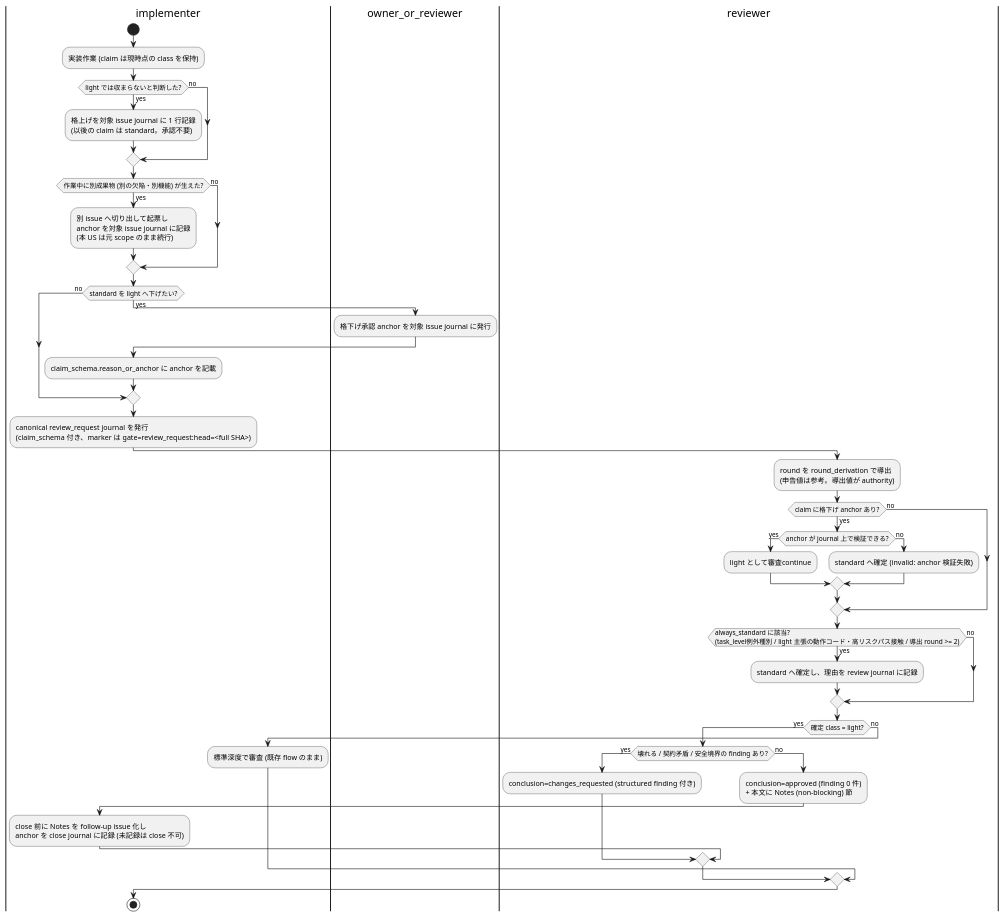
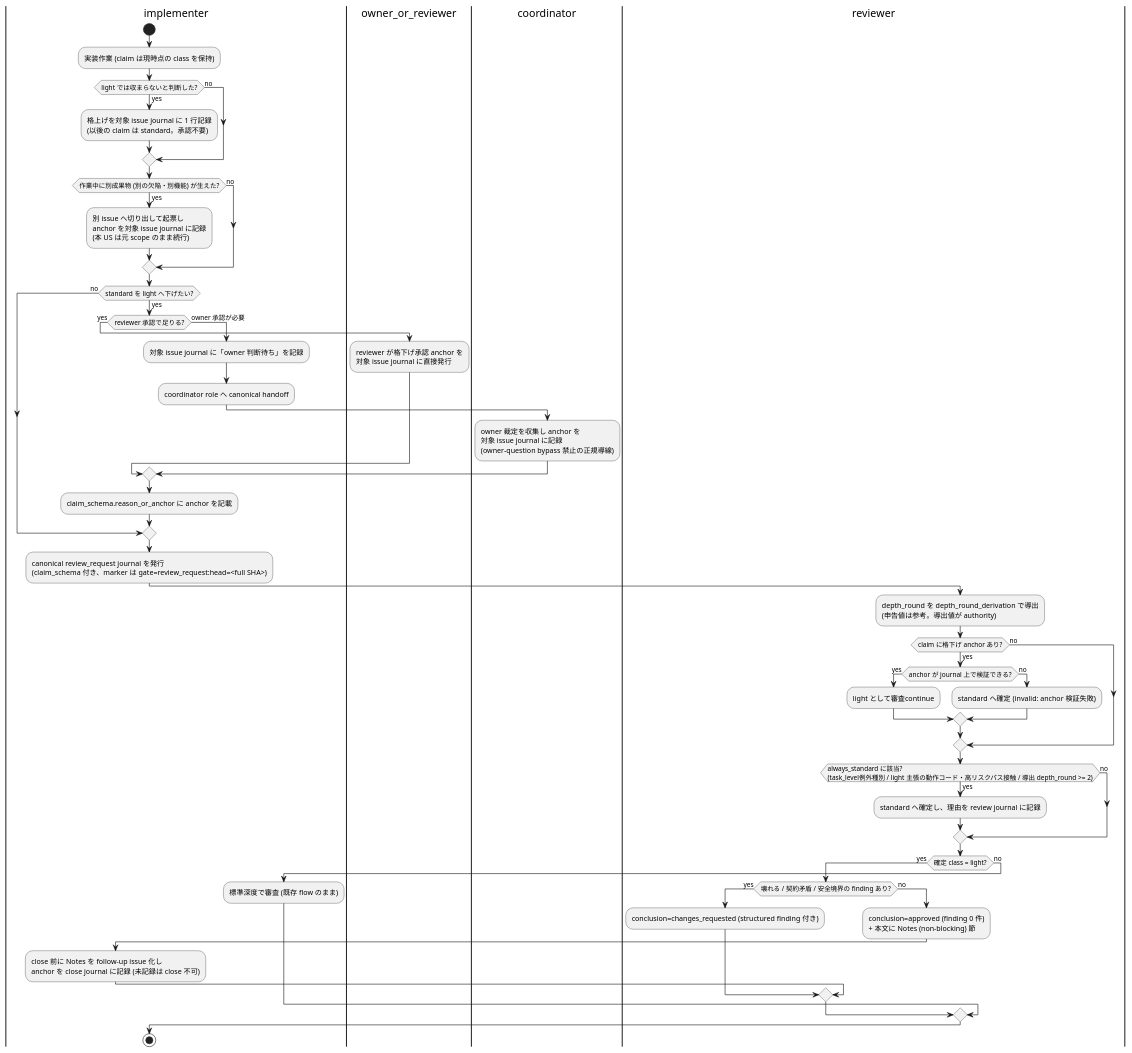
One commit to hollySizzle/mozyo_bridge changed the diagram in vibes/docs/rules/agent-workflow.md. Above: the diagram before and after it, drawn with PlantUML. The commit also changed other lines of this file, not shown here.

First line of the commit message:
issue_15547 R4: depth_round as its own concept and coordinator-routed owner de-escalation

````diff
--- a/vibes/docs/rules/agent-workflow.md
+++ b/vibes/docs/rules/agent-workflow.md
@@ -250,49 +262,57 @@
 ```plantuml
 @startuml
 |implementer|
 start
 :実装作業 (claim は現時点の class を保持);
 if (light では収まらないと判断した?) then (yes)
   :格上げを対象 issue journal に 1 行記録\n(以後の claim は standard。承認不要);
 else (no)
 endif
 if (作業中に別成果物 (別の欠陥・別機能) が生えた?) then (yes)
   :別 issue へ切り出して起票し\nanchor を対象 issue journal に記録\n(本 US は元 scope のまま続行);
 else (no)
 endif
 if (standard を light へ下げたい?) then (yes)
-  |owner_or_reviewer|
-  :格下げ承認 anchor を対象 issue journal に発行;
+  if (reviewer 承認で足りる?) then (yes)
+    |owner_or_reviewer|
+    :reviewer が格下げ承認 anchor を\n対象 issue journal に直接発行;
+  else (owner 承認が必要)
+    |implementer|
+    :対象 issue journal に「owner 判断待ち」を記録;
+    :coordinator role へ canonical handoff;
+    |coordinator|
+    :owner 裁定を収集し anchor を\n対象 issue journal に記録\n(owner-question bypass 禁止の正規導線);
+  endif
   |implementer|
   :claim_schema.reason_or_anchor に anchor を記載;
 else (no)
 endif
 :canonical review_request journal を発行\n(claim_schema 付き、marker は gate=review_request:head=<full SHA>);
 |reviewer|
-:round を round_derivation で導出\n(申告値は参考。導出値が authority);
+:depth_round を depth_round_derivation で導出\n(申告値は参考。導出値が authority);
 if (claim に格下げ anchor あり?) then (yes)
   if (anchor が journal 上で検証できる?) then (yes)
     :light として審査continue;
   else (no)
     :standard へ確定 (invalid: anchor 検証失敗);
   endif
 else (no)
 endif
-if (always_standard に該当?\n(task_level例外種別 / light 主張の動作コード・高リスクパス接触 / 導出 round >= 2)) then (yes)
+if (always_standard に該当?\n(task_level例外種別 / light 主張の動作コード・高リスクパス接触 / 導出 depth_round >= 2)) then (yes)
   :standard へ確定し、理由を review journal に記録;
 else (no)
 endif
 if (確定 class = light?) then (yes)
   if (壊れる / 契約矛盾 / 安全境界の finding あり?) then (yes)
     :conclusion=changes_requested (structured finding 付き);
   else (no)
     :conclusion=approved (finding 0 件)\n+ 本文に Notes (non-blocking) 節;
     |implementer|
     :close 前に Notes を follow-up issue 化し\nanchor を close journal に記録 (未記録は close 不可);
   endif
 else (no)
   :標準深度で審査 (既存 flow のまま);
 endif
 stop
 @enduml
 ```
````
